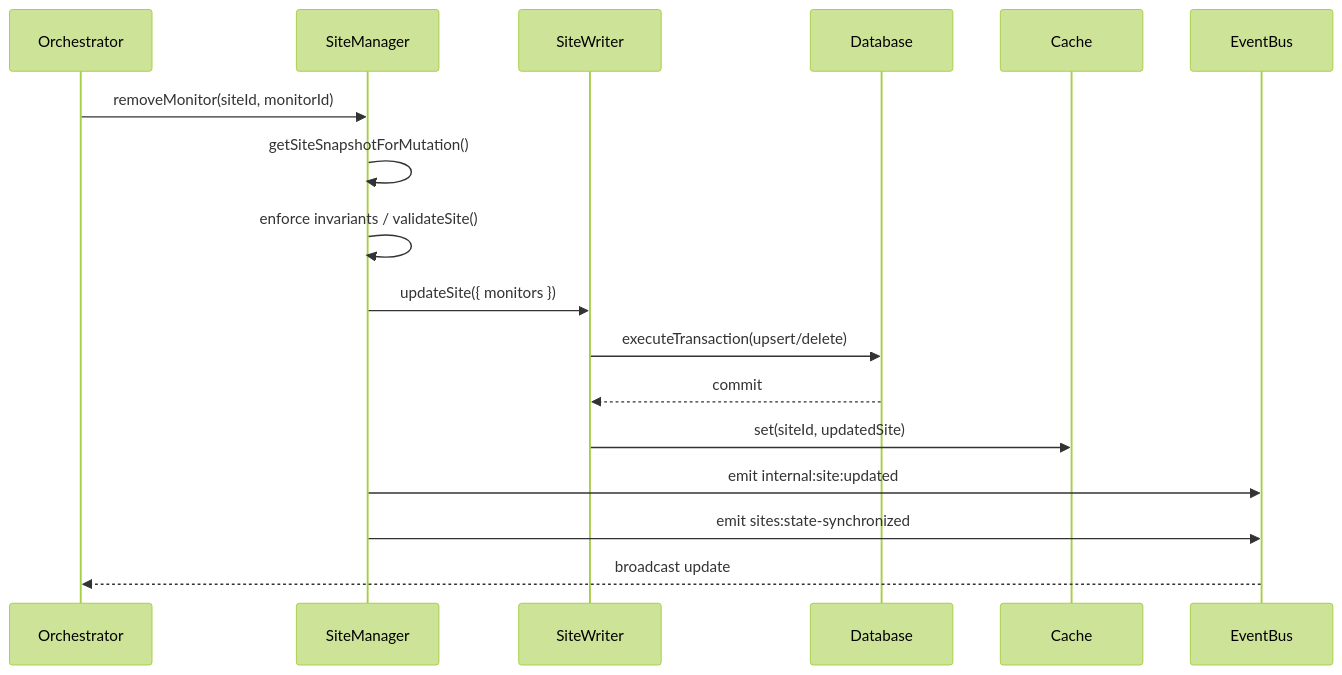
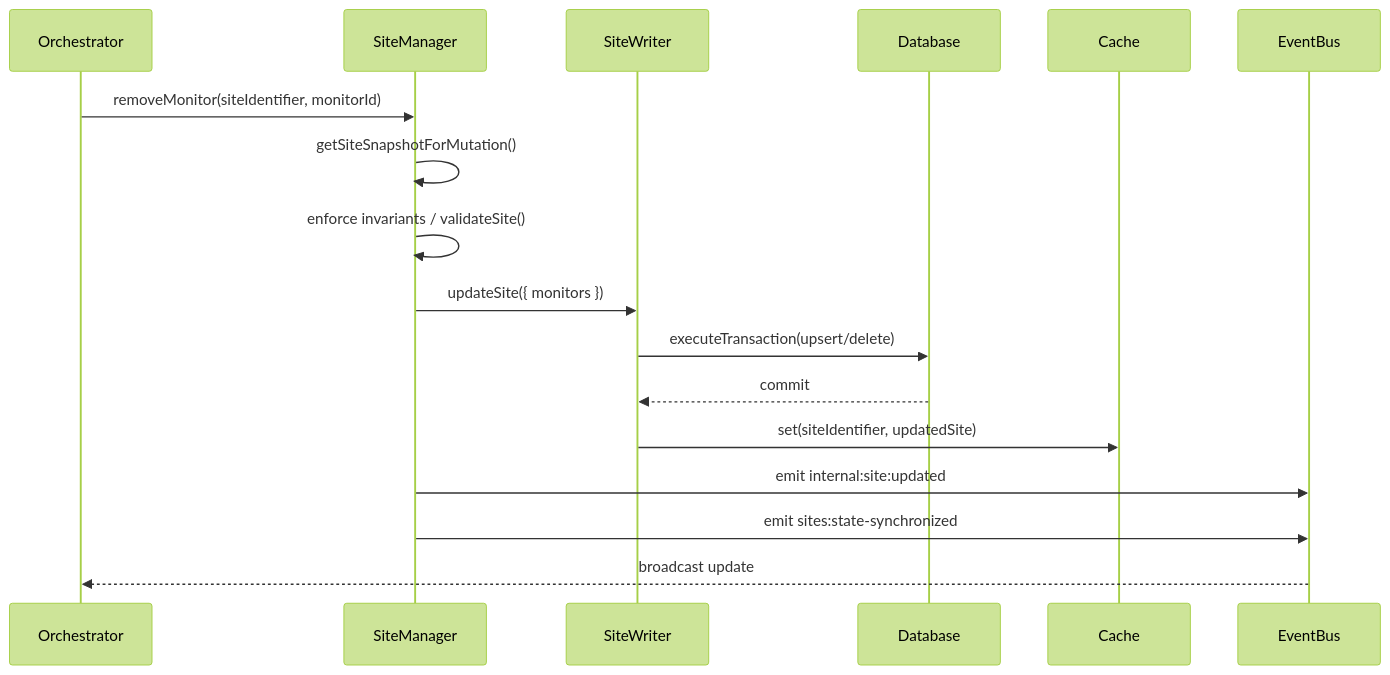
The second of 2 diagrams in docs/Architecture/Patterns/DEVELOPMENT_PATTERNS_GUIDE.md (Nick2bad4u/Uptime-Watcher), drawn with Mermaid (forest theme) before and after one commit. The commit also changed other lines of this file and 111 other files, not shown here.

````diff
--- a/docs/Architecture/Patterns/DEVELOPMENT_PATTERNS_GUIDE.md
+++ b/docs/Architecture/Patterns/DEVELOPMENT_PATTERNS_GUIDE.md
@@ -1285,20 +1285,20 @@
    ```mermaid
    sequenceDiagram
        participant Orchestrator
        participant SiteManager
        participant SiteWriter
        participant Database
        participant Cache
        participant EventBus
 
-       Orchestrator->>SiteManager: removeMonitor(siteId, monitorId)
+      Orchestrator->>SiteManager: removeMonitor(siteIdentifier, monitorId)
        SiteManager->>SiteManager: getSiteSnapshotForMutation()
        SiteManager->>SiteManager: enforce invariants / validateSite()
        SiteManager->>SiteWriter: updateSite({ monitors })
        SiteWriter->>Database: executeTransaction(upsert/delete)
        Database-->>SiteWriter: commit
-       SiteWriter->>Cache: set(siteId, updatedSite)
+      SiteWriter->>Cache: set(siteIdentifier, updatedSite)
        SiteManager->>EventBus: emit internal:site:updated
        SiteManager->>EventBus: emit sites:state-synchronized
        EventBus-->>Orchestrator: broadcast update
    ```
````
